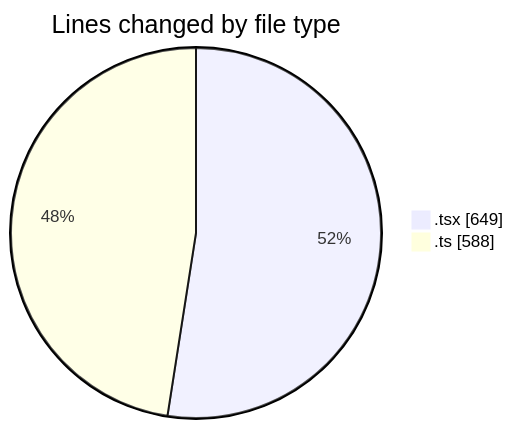
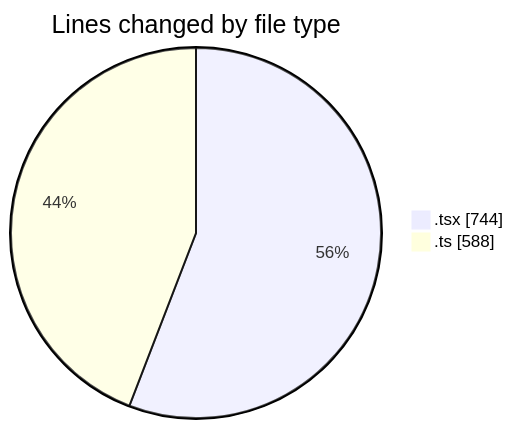
One commit to nxtqubesakshisongat/code-tracking changed the first of 2 diagrams in 2026-04-17/airfeed-analytics-dashboard/README.md. Above: the diagram before and after it, drawn with Mermaid. The commit also changed other lines of this file and 1 other file, not shown here.

````diff
--- a/2026-04-17/airfeed-analytics-dashboard/README.md
+++ b/2026-04-17/airfeed-analytics-dashboard/README.md
@@ -25,6 +26,6 @@
 ```mermaid
 pie showData
 title Lines changed by file type
-".tsx" : 649
+".tsx" : 744
 ".ts" : 588
 ```
````
